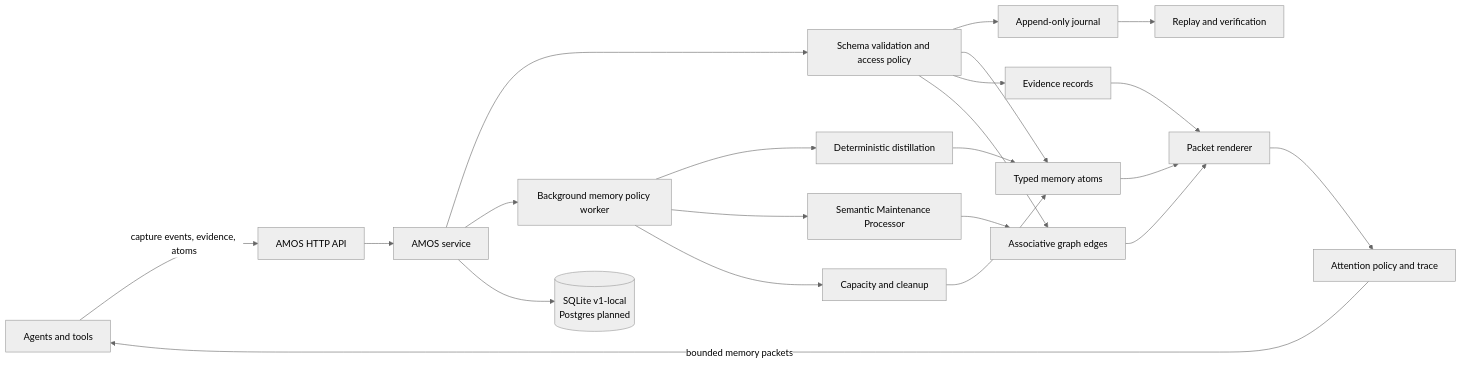
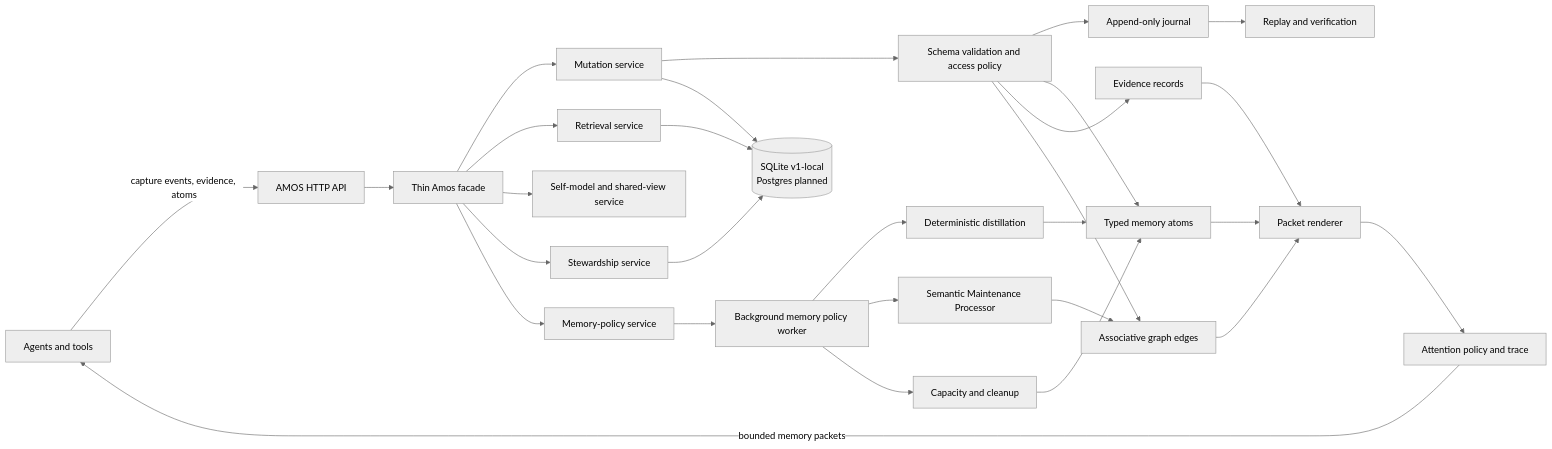
One commit to adegany/amos changed the diagram in README.md. Above: the diagram before and after it, drawn with Mermaid (neutral theme). The commit also changed other lines of this file and 33 other files, not shown here.

First line of the commit message:
refactor(amos): decompose service facade and align v1 contracts

````diff
--- a/README.md
+++ b/README.md
@@ -23,24 +23,31 @@
 ```mermaid
 flowchart LR
     A[Agents and tools] -->|capture events, evidence, atoms| H[AMOS HTTP API]
-    H --> S[AMOS service]
-    S --> V[Schema validation and access policy]
+    H --> F[Thin Amos facade]
+    F --> MU[Mutation service]
+    F --> RE[Retrieval service]
+    F --> VW[Self-model and shared-view service]
+    F --> ST[Stewardship service]
+    F --> PO[Memory-policy service]
+    MU --> V[Schema validation and access policy]
     V --> J[Append-only journal]
     V --> M[Typed memory atoms]
     V --> E[Evidence records]
     V --> G[Associative graph edges]
     J --> R[Replay and verification]
     M --> P[Packet renderer]
     E --> P
     G --> P
-    S --> W[Background memory policy worker]
+    PO --> W[Background memory policy worker]
     W --> D[Deterministic distillation]
     W --> SMP[Semantic Maintenance Processor]
     W --> C[Capacity and cleanup]
     D --> M
     SMP --> G
     C --> M
     P --> AT[Attention policy and trace]
     AT -->|bounded memory packets| A
-    S --> DB[(SQLite v1-local\nPostgres planned)]
+    MU --> DB[(SQLite v1-local\nPostgres planned)]
+    RE --> DB
+    ST --> DB
 ```
````
